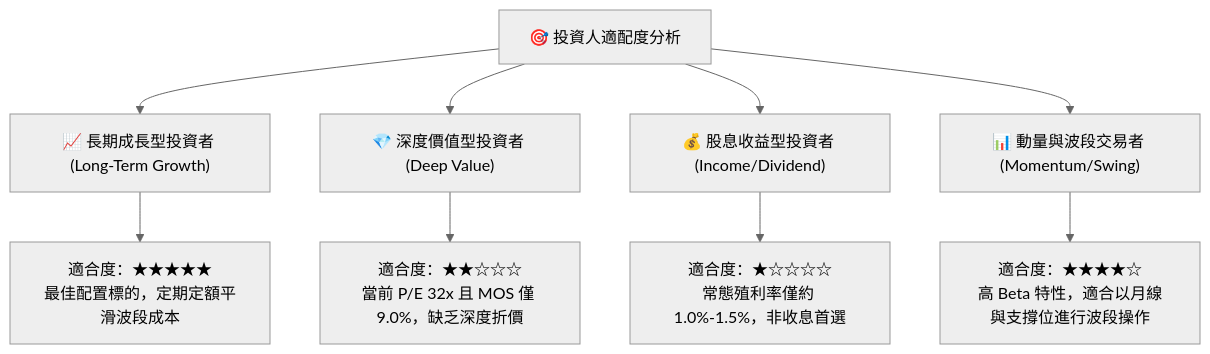
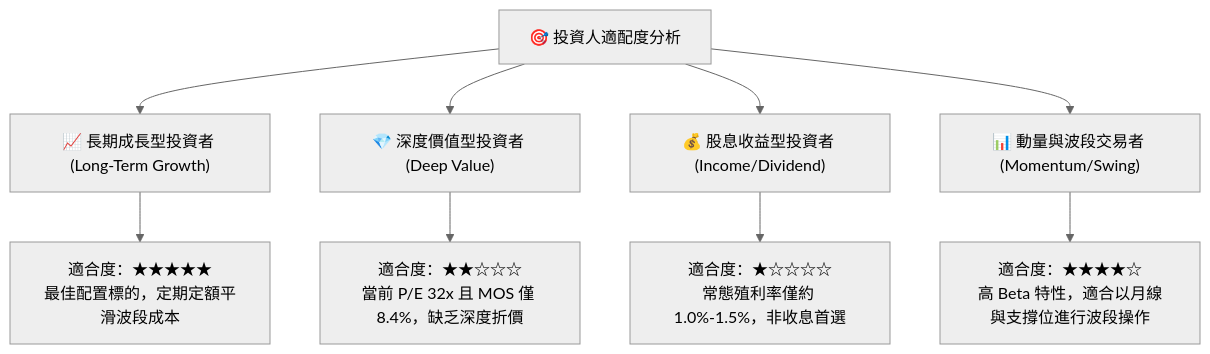
Diagram 15 of 15 in ai_gen_report/fundamental/soxx/fundamental_analysis_2026-10-13_gemini.md (yennanliu/finance_data), drawn with Mermaid (neutral theme) before and after one commit. The commit also changed other lines of this file and 339 other files, not shown here.

````diff
--- a/ai_gen_report/fundamental/soxx/fundamental_analysis_2026-10-13_gemini.md
+++ b/ai_gen_report/fundamental/soxx/fundamental_analysis_2026-10-13_gemini.md
@@ -1009,14 +1024,14 @@
 ```mermaid
 graph TD
     INV["🎯 投資人適配度分析"]
 
     INV --> G["📈 長期成長型投資者 (Long-Term Growth)"]
     INV --> V["💎 深度價值型投資者 (Deep Value)"]
     INV --> D["💰 股息收益型投資者 (Income/Dividend)"]
     INV --> T["📊 動量與波段交易者 (Momentum/Swing)"]
 
     G --> G1["適合度：★★★★★<br/>最佳配置標的，定期定額平滑波段成本"]
-    V --> V1["適合度：★★☆☆☆<br/>當前 P/E 32x 且 MOS 僅 9.0%，缺乏深度折價"]
+    V --> V1["適合度：★★☆☆☆<br/>當前 P/E 32x 且 MOS 僅 8.4%，缺乏深度折價"]
     D --> D1["適合度：★☆☆☆☆<br/>常態殖利率僅約 1.0%-1.5%，非收息首選"]
     T --> T1["適合度：★★★★☆<br/>高 Beta 特性，適合以月線與支撐位進行波段操作"]
 ```
````
